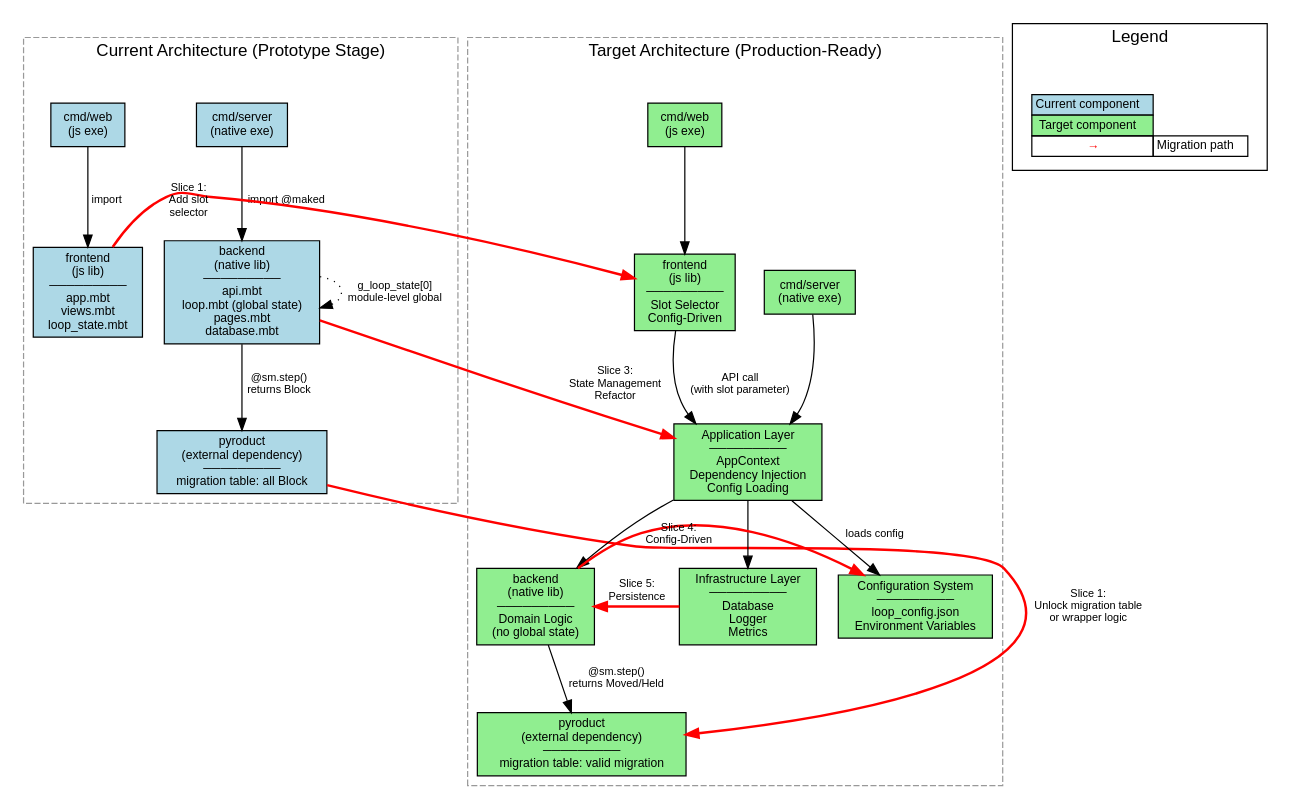
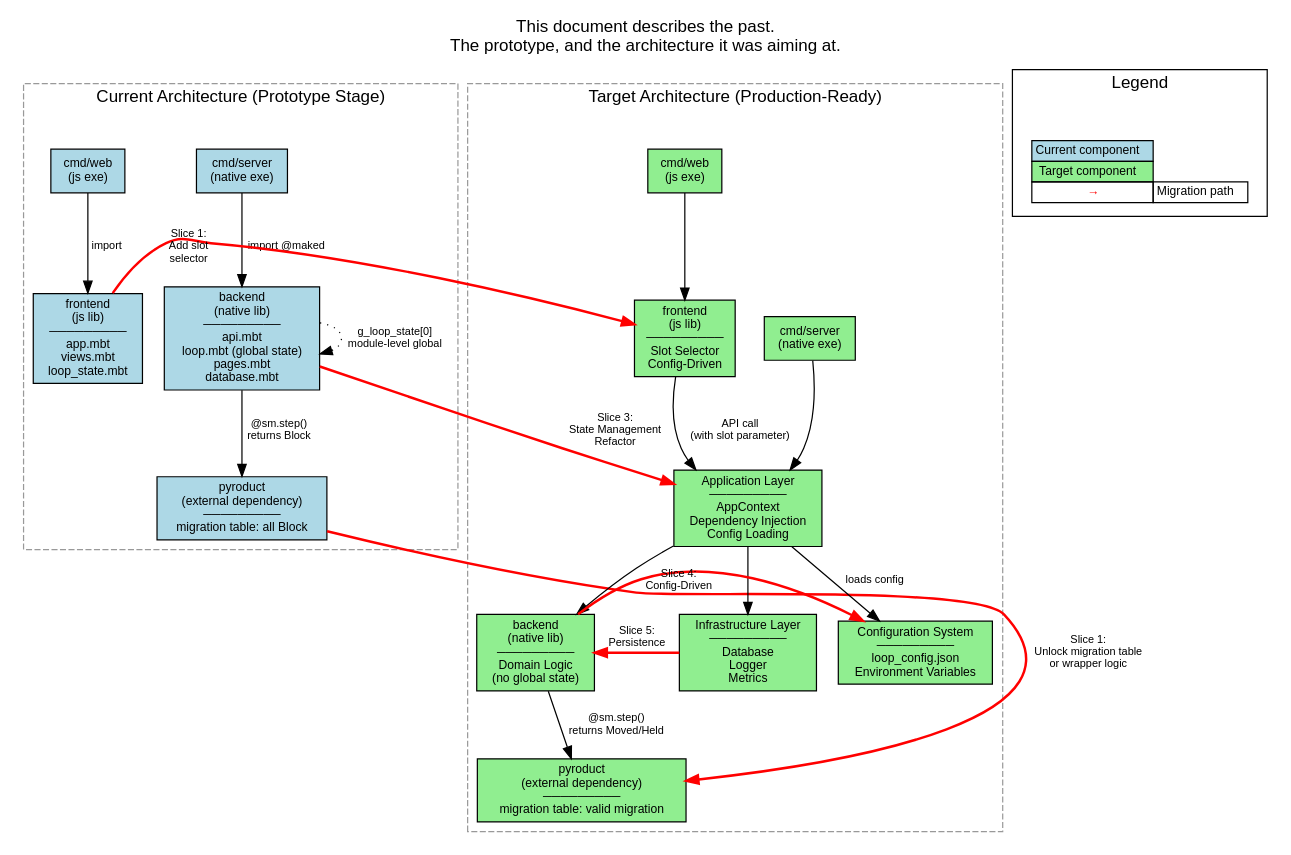
Before and after one commit to riantr/MAKED: the diagram in current-vs-target-architecture.dot, drawn with Graphviz. The commit also changed 4 other files, not shown here.

```diff
--- a/current-vs-target-architecture.dot
+++ b/current-vs-target-architecture.dot
@@ -1,74 +1,87 @@
+// This document describes the past.
+//
+// It is the comparison the migration plan was drawn from: the prototype on
+// the left, the production-ready architecture on the right, and the slices
+// that would take the tree from one to the other. Every slice has since
+// been implemented, or deliberately deferred. The reasoning is the point,
+// so the picture is kept as it was drawn -- but read it as history.
+//
+// For the system as it is today, read architecture/system-model.md and the
+// README.
+
 digraph evolution {
   rankdir=TB;
+  label="This document describes the past.\nThe prototype, and the architecture it was aiming at."
+  labelloc="t"
   fontname="Helvetica";
   node [fontname="Helvetica", fontsize=10];
   edge [fontname="Helvetica", fontsize=9];
   
   subgraph cluster_current {
     label="Current Architecture (Prototype Stage)";
     style=dashed;
     color=gray60;
     
     node [shape=box, style=filled, fillcolor=lightblue];
     
     cmd_server [label="cmd/server\n(native exe)"];
     cmd_web [label="cmd/web\n(js exe)"];
     backend [label="backend\n(native lib)\n─────────\napi.mbt\nloop.mbt (global state)\npages.mbt\ndatabase.mbt"];
     frontend [label="frontend\n(js lib)\n─────────\napp.mbt\nviews.mbt\nloop_state.mbt"];
     pyroduct [label="pyroduct\n(external dependency)\n─────────\nmigration table: all Block"];
     
     cmd_server -> backend [label="import @maked"];
     cmd_web -> frontend [label="import"];
     backend -> pyroduct [label="@sm.step()\nreturns Block"];
     backend -> backend [label="g_loop_state[0]\nmodule-level global", style=dotted];
   }
   
   subgraph cluster_target {
     label="Target Architecture (Production-Ready)";
     style=dashed;
     color=gray60;
     
     node [shape=box, style=filled, fillcolor=lightgreen];
     
     cmd_server_t [label="cmd/server\n(native exe)"];
     cmd_web_t [label="cmd/web\n(js exe)"];
     app_layer [label="Application Layer\n─────────\nAppContext\nDependency Injection\nConfig Loading"];
     backend_t [label="backend\n(native lib)\n─────────\nDomain Logic\n(no global state)"];
     infra [label="Infrastructure Layer\n─────────\nDatabase\nLogger\nMetrics"];
     frontend_t [label="frontend\n(js lib)\n─────────\nSlot Selector\nConfig-Driven"];
     pyroduct_t [label="pyroduct\n(external dependency)\n─────────\nmigration table: valid migration"];
     config [label="Configuration System\n─────────\nloop_config.json\nEnvironment Variables"];
     
     cmd_server_t -> app_layer;
     cmd_web_t -> frontend_t;
     app_layer -> backend_t;
     app_layer -> infra;
     app_layer -> config [label="loads config"];
     backend_t -> pyroduct_t [label="@sm.step()\nreturns Moved/Held"];
     frontend_t -> app_layer [label="API call\n(with slot parameter)"];
   }
   
   // Migration arrows
   edge [style=bold, color=red, constraint=false];
   backend -> app_layer [label="Slice 3:\nState Management\nRefactor"];
   pyroduct -> pyroduct_t [label="Slice 1:\nUnlock migration table\nor wrapper logic"];
   frontend -> frontend_t [label="Slice 1:\nAdd slot\nselector"];
   backend_t -> config [label="Slice 4:\nConfig-Driven"];
   infra -> backend_t [label="Slice 5:\nPersistence"];
   
   // Legend
   subgraph cluster_legend {
     label="Legend";
     style=solid;
     color=black;
     
     node [shape=plaintext];
     legend [label=<
       <table border="0" cellborder="1" cellspacing="0">
         <tr><td bgcolor="lightblue">Current component</td></tr>
         <tr><td bgcolor="lightgreen">Target component</td></tr>
         <tr><td><font color="red">→</font></td><td>Migration path</td></tr>
       </table>
     >];
   }
 }
```
